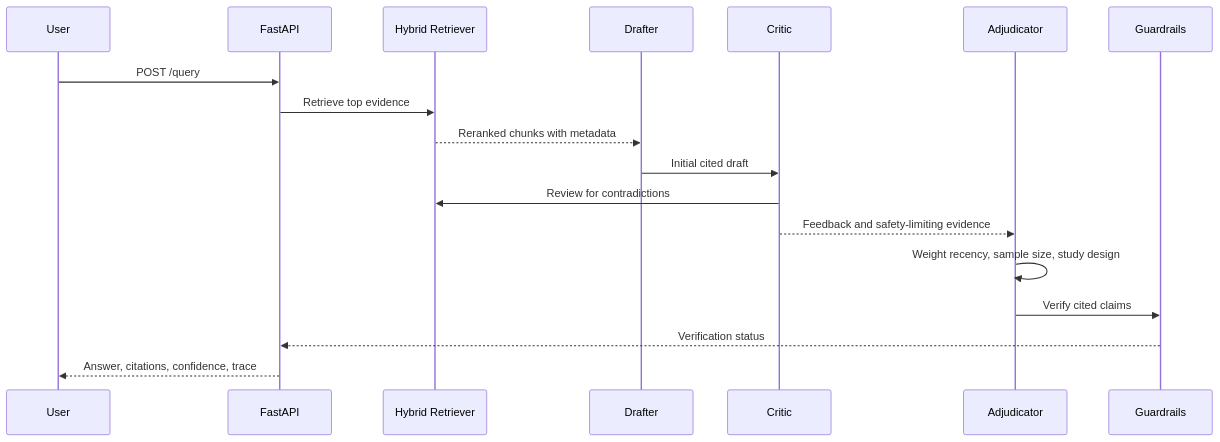
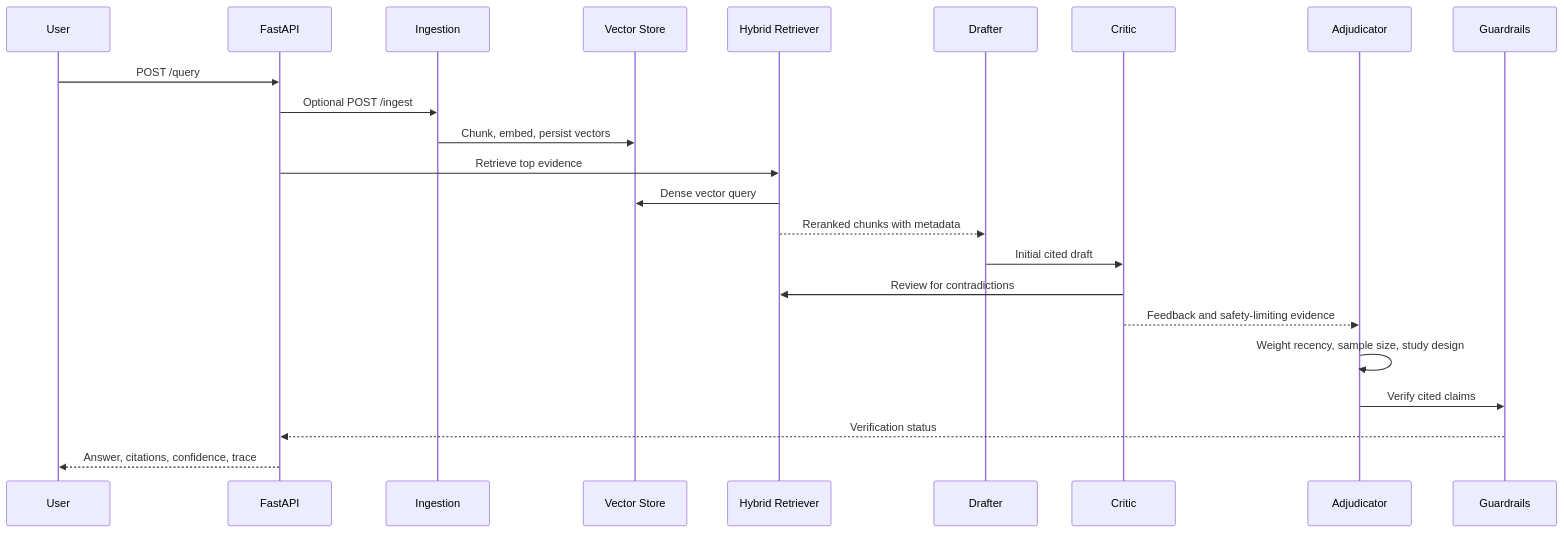
One commit to Ramakrishna9-R09/clinical-research-synthesizer changed the diagram in docs/ARCHITECTURE.md. Above: the diagram before and after it, drawn with Mermaid. The commit also changed other lines of this file and 17 other files, not shown here.

Commit message:
Add production ingestion vector retrieval backend

````diff
--- a/docs/ARCHITECTURE.md
+++ b/docs/ARCHITECTURE.md
@@ -9,21 +9,26 @@
 ```mermaid
 sequenceDiagram
   participant U as User
   participant API as FastAPI
+  participant I as Ingestion
+  participant V as Vector Store
   participant R as Hybrid Retriever
   participant D as Drafter
   participant C as Critic
   participant A as Adjudicator
   participant G as Guardrails
 
   U->>API: POST /query
+  API->>I: Optional POST /ingest
+  I->>V: Chunk, embed, persist vectors
   API->>R: Retrieve top evidence
+  R->>V: Dense vector query
   R-->>D: Reranked chunks with metadata
   D->>C: Initial cited draft
   C->>R: Review for contradictions
   C-->>A: Feedback and safety-limiting evidence
   A->>A: Weight recency, sample size, study design
   A->>G: Verify cited claims
   G-->>API: Verification status
   API-->>U: Answer, citations, confidence, trace
 ```
````
